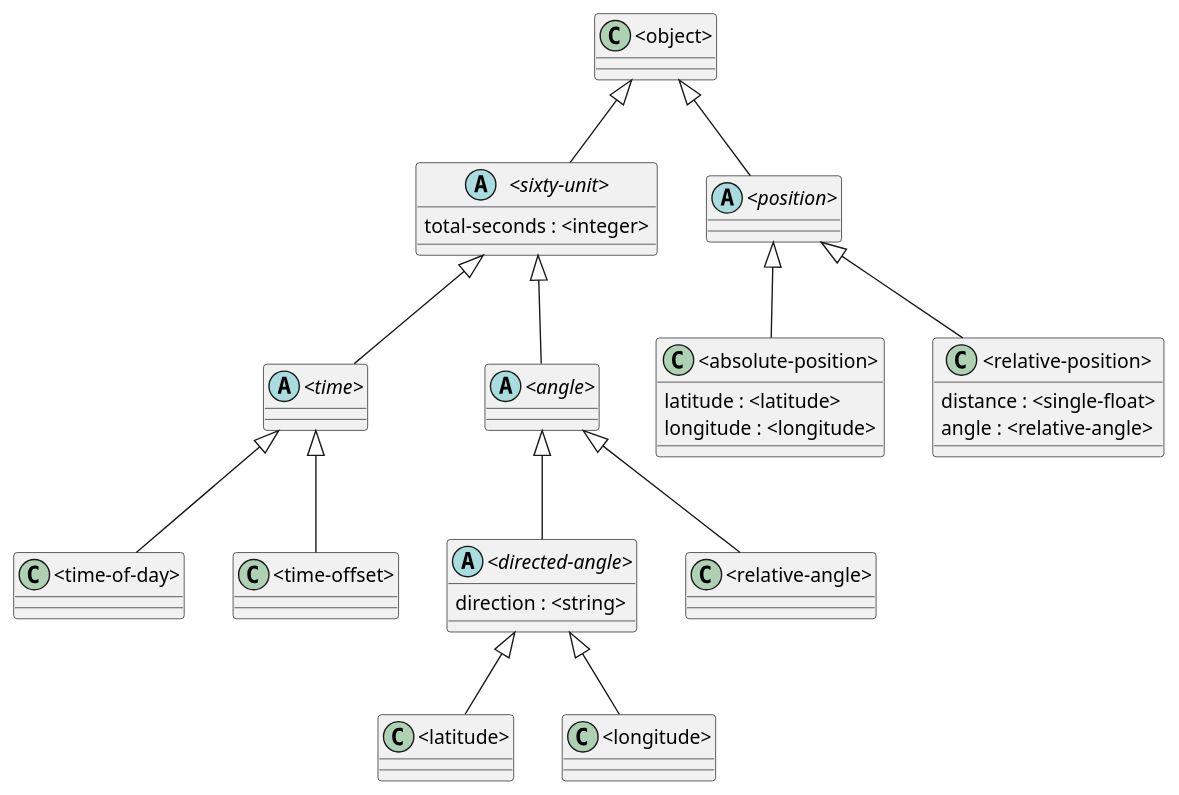
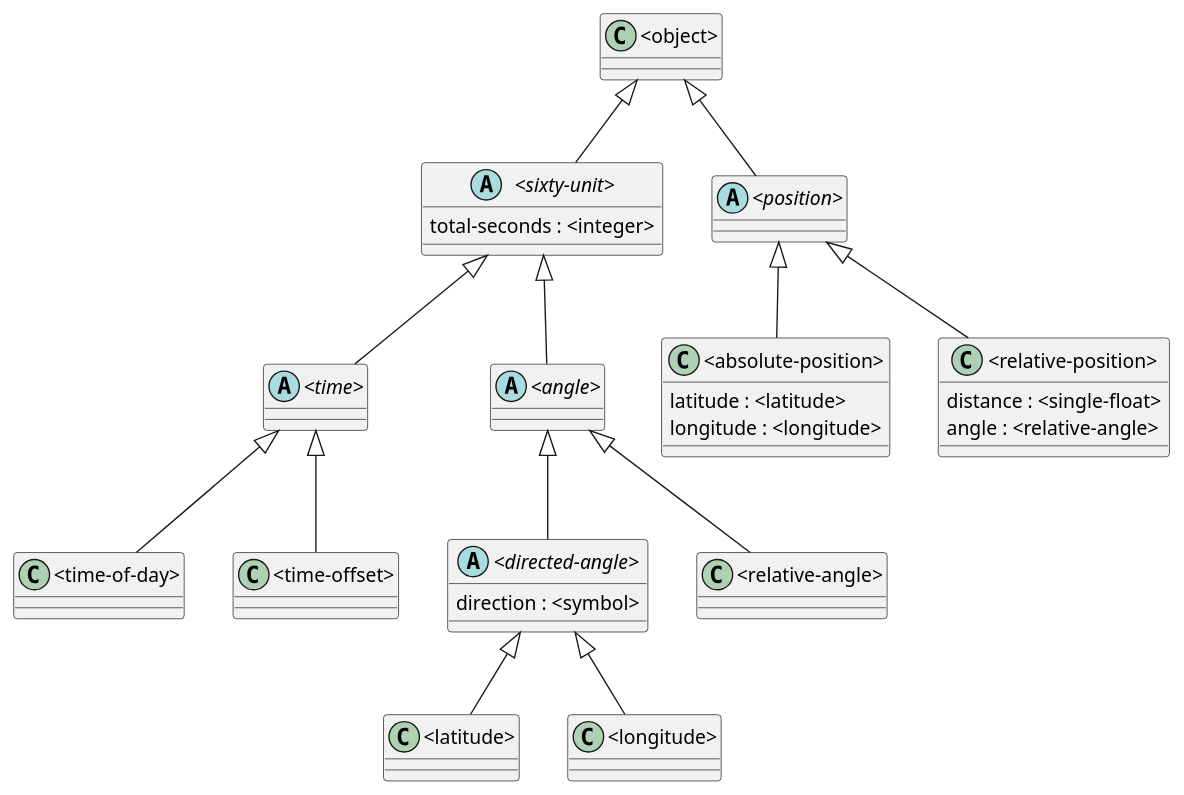
The diagram in doc/uml/class-diagram.plantuml (fraya/dylan-programming-book), drawn with PlantUML before and after one commit. The commit also changed 5 other files, not shown here.

```diff
--- a/doc/uml/class-diagram.plantuml
+++ b/doc/uml/class-diagram.plantuml
@@ -1,37 +1,37 @@
 @startuml
 
 class "<object>"
 abstract "<sixty-unit>"
 abstract "<time>"
 abstract "<angle>"
 class "<time-of-day>"
 class "<time-offset>"
 abstract "<directed-angle>"
 class "<relative-angle>"
 abstract "<position>"
 class "<absolute-position>"
 class "<relative-position>"
 class "<latitude>"
 class "<longitude>"
 
 "<object>" <|-- "<sixty-unit>"
 "<object>" <|-- "<position>"
 "<sixty-unit>" <|-- "<time>"
 "<sixty-unit>" <|-- "<angle>"
 "<time>" <|-- "<time-of-day>"
 "<time>" <|-- "<time-offset>"
 "<angle>" <|-- "<directed-angle>"
 "<angle>" <|-- "<relative-angle>"
 "<directed-angle>" <|-- "<latitude>"
 "<directed-angle>" <|-- "<longitude>" 
 "<position>" <|-- "<absolute-position>"
 "<position>" <|-- "<relative-position>" 
 
 "<sixty-unit>" : total-seconds : <integer>
-"<directed-angle>" : direction : <string>
+"<directed-angle>" : direction : <symbol>
 "<absolute-position>" : latitude : <latitude>
 "<absolute-position>" : longitude : <longitude>
 "<relative-position>" : distance : <single-float>
 "<relative-position>" : angle : <relative-angle>
 
 @enduml
```
